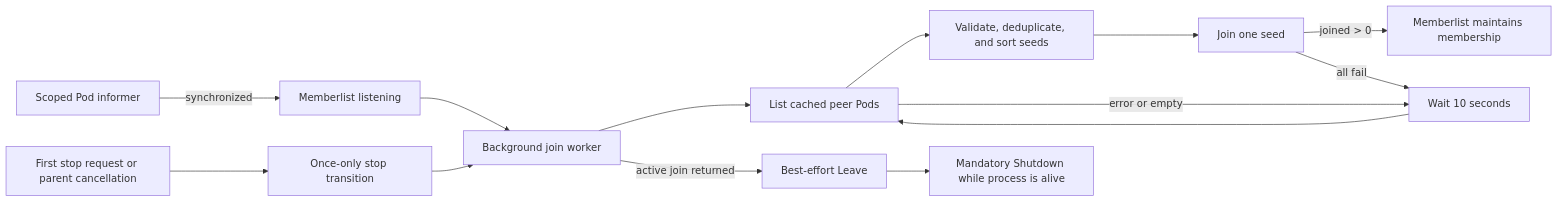
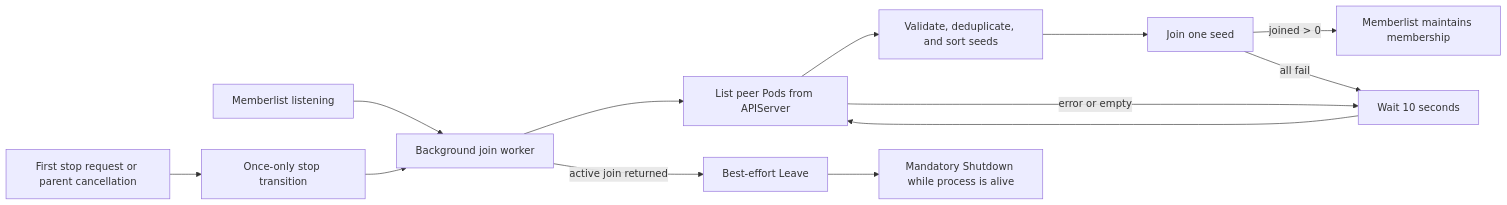
The second of 2 diagrams in docs/proposals/20260824-sandbox-manager-network-interface-peer-discovery-EN.md (AiRanthem/agents), drawn with Mermaid before and after one commit. The commit also changed other lines of this file and 25 other files, not shown here.

````diff
--- a/docs/proposals/20260824-sandbox-manager-network-interface-peer-discovery-EN.md
+++ b/docs/proposals/20260824-sandbox-manager-network-interface-peer-discovery-EN.md
@@ -154,16 +166,15 @@
 ```mermaid
 flowchart LR
-    Cache[Scoped Pod informer] -->|synchronized| Listener[Memberlist listening]
-    Listener --> Worker[Background join worker]
-    Worker --> List[List cached peer Pods]
+    Listener[Memberlist listening] --> Worker[Background join worker]
+    Worker --> List[List peer Pods from APIServer]
     List --> Seeds[Validate, deduplicate, and sort seeds]
     Seeds --> Join[Join one seed]
     Join -->|joined > 0| Done[Memberlist maintains membership]
     Join -->|all fail| Wait[Wait 10 seconds]
     List -->|error or empty| Wait
     Wait --> List
     Stop[First stop request or parent cancellation] --> Once[Once-only stop transition]
     Once --> Worker
     Worker -->|active join returned| Leave[Best-effort Leave]
     Leave --> Shutdown[Mandatory Shutdown while process is alive]
 ```
````
